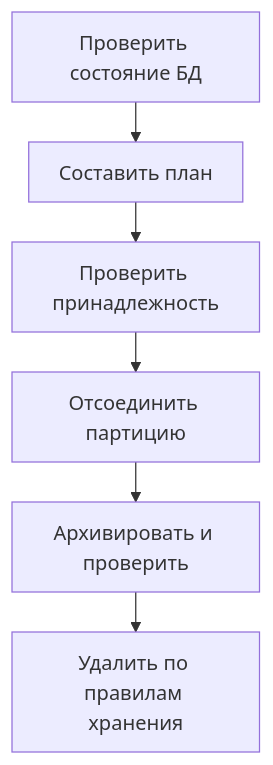
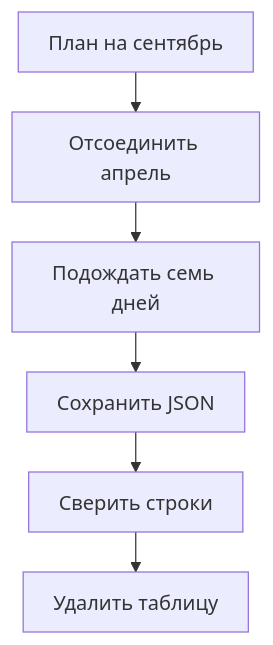
Before and after one commit to bedrock-python/bedrock-python.github.io: the diagram in translations/ru/blog/posts/2026-09-13-postgresql-partition-maintenance.md, drawn with Mermaid. The commit also changed other lines of this file and 59 other files, not shown here.

````diff
--- a/translations/ru/blog/posts/2026-09-13-postgresql-partition-maintenance.md
+++ b/translations/ru/blog/posts/2026-09-13-postgresql-partition-maintenance.md
@@ -62,23 +123,23 @@
 ```mermaid
 ---
 config:
   theme: default
   look: classic
   flowchart:
     useMaxWidth: false
     wrappingWidth: 150
     padding: 12
     nodeSpacing: 24
     rankSpacing: 32
 ---
 flowchart TD
-    accTitle: Перед удалением — план и проверки
-    accDescr: Перед отсоединением проверяется, что партиция находится под управлением инструмента. Если требуется архив, удаление разрешено только после его успешного создания и проверки.
-    A["Проверить состояние БД"]
-    B["Составить план"]
-    C["Проверить принадлежность"]
-    D["Отсоединить партицию"]
-    E["Архивировать и проверить"]
-    F["Удалить по правилам хранения"]
+    accTitle: Путь апрельской партиции до удаления
+    accDescr: В сентябре апрель отсоединяется. Через семь дней обработчик сохраняет и проверяет архив; только затем таблицу можно удалить.
+    A["План на сентябрь"]
+    B["Отсоединить апрель"]
+    C["Подождать семь дней"]
+    D["Сохранить JSON"]
+    E["Сверить строки"]
+    F["Удалить таблицу"]
     A --> B --> C --> D --> E --> F
 ```
````
